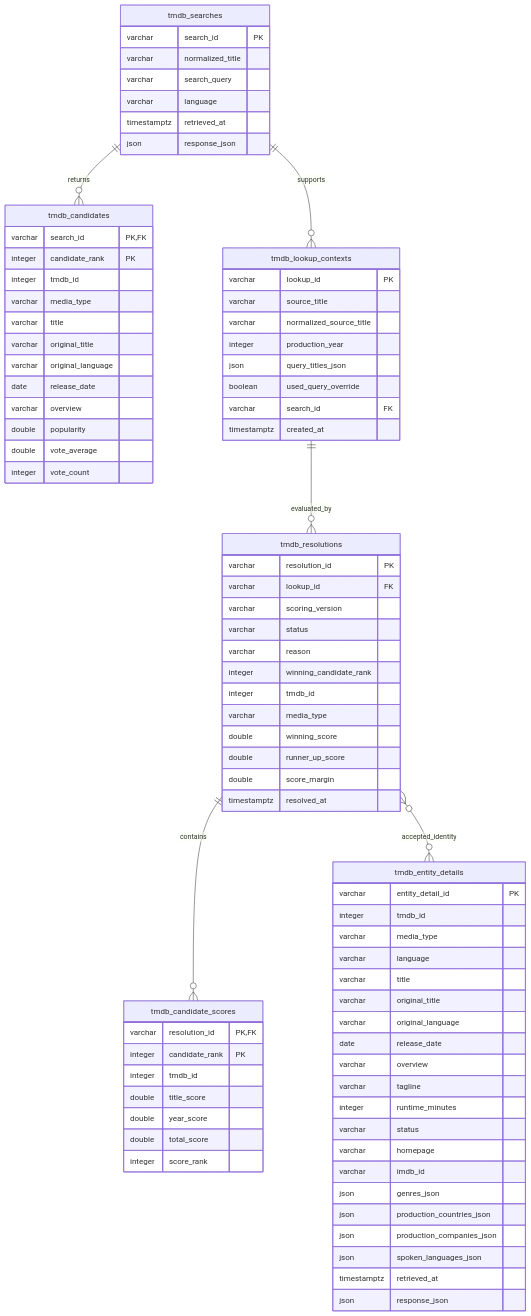
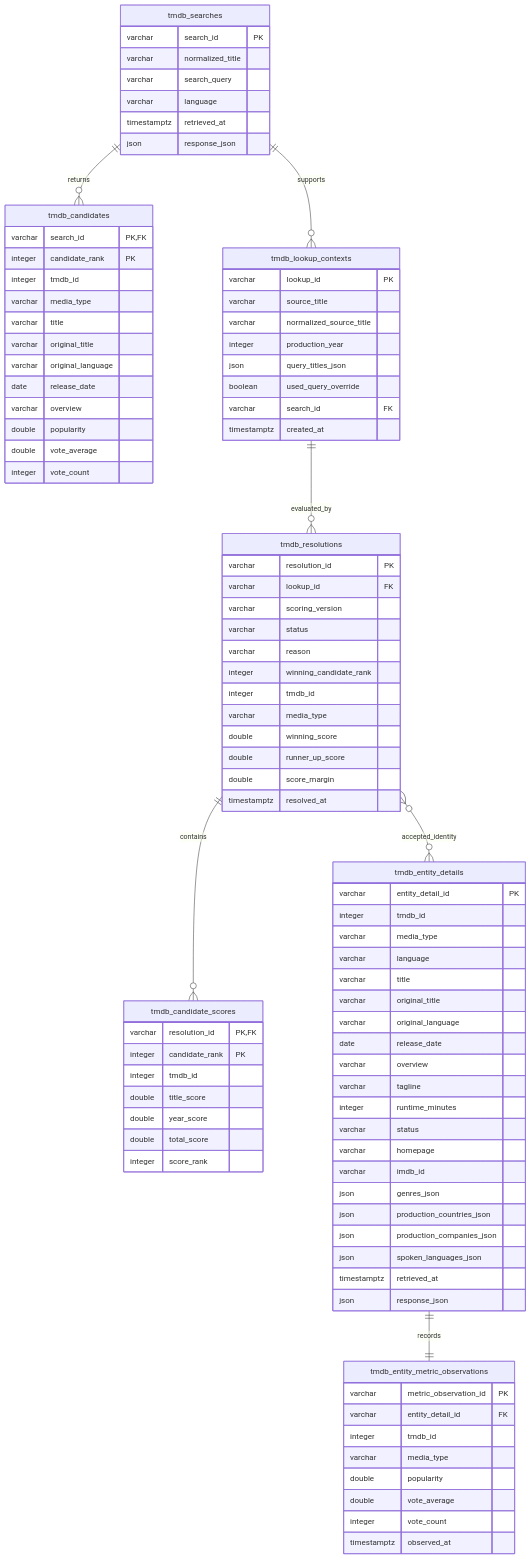
The fourth of 6 diagrams in docs/data-model.md (apantaz/greek-tv-highlights-radar), drawn with Mermaid before and after one commit. The commit also changed other lines of this file and 17 other files, not shown here.

Commit message:
feat: add historical TMDB metric snapshots

````diff
--- a/docs/data-model.md
+++ b/docs/data-model.md
@@ -88,6 +88,7 @@
     tmdb_lookup_contexts ||--o{ tmdb_resolutions : evaluated_by
     tmdb_resolutions ||--o{ tmdb_candidate_scores : contains
     tmdb_resolutions }o--o{ tmdb_entity_details : accepted_identity
+    tmdb_entity_details ||--|| tmdb_entity_metric_observations : records
 
     tmdb_searches {
         varchar search_id PK
@@ -171,4 +172,15 @@
         timestamptz retrieved_at
         json response_json
     }
+
+    tmdb_entity_metric_observations {
+        varchar metric_observation_id PK
+        varchar entity_detail_id FK
+        integer tmdb_id
+        varchar media_type
+        double popularity
+        double vote_average
+        integer vote_count
+        timestamptz observed_at
+    }
 ```
````
